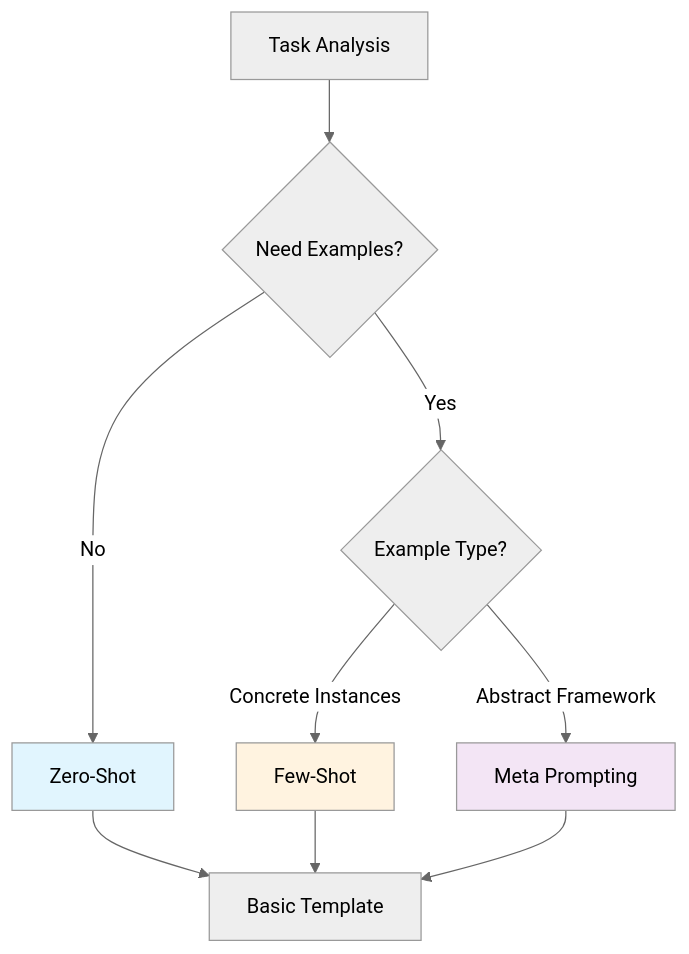
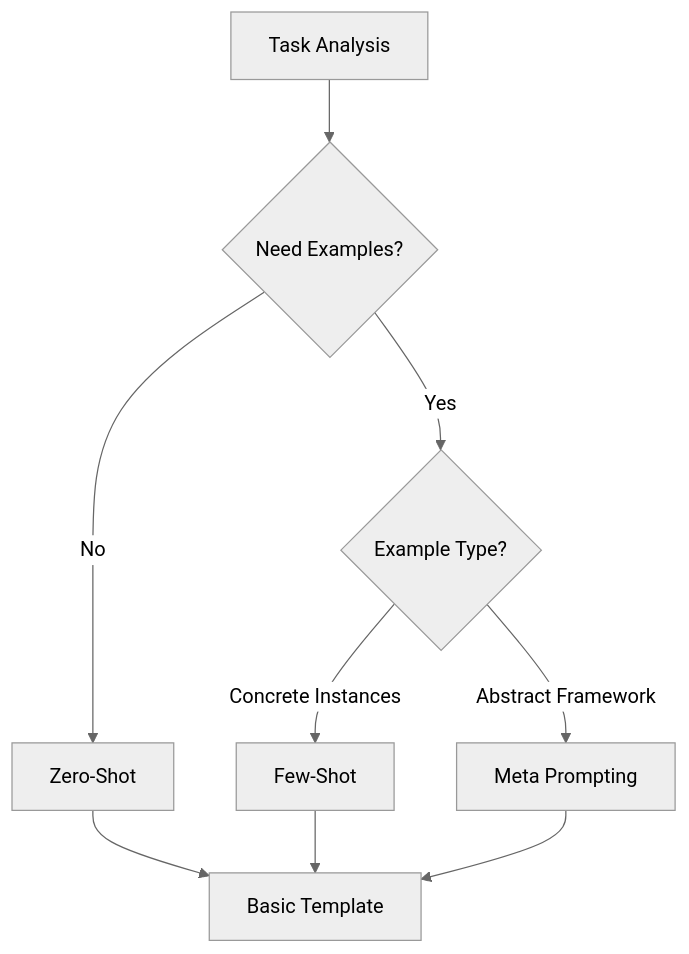
One commit to yuexiaoliang/prompt-engineering-learning changed the sixth of 6 diagrams in 02-basics-en.md. Above: the diagram before and after it, drawn with Mermaid (neutral theme). The commit also changed other lines of this file, not shown here.

Commit message:
fix: remove hardcoded fill colors from mermaid diagrams for light/dark theme adaptation

````diff
--- a/02-basics-en.md
+++ b/02-basics-en.md
@@ -781,17 +767,13 @@
 ```mermaid
 flowchart TD
     A[Task Analysis] --> B{Need Examples?}
     B -->|No| C[Zero-Shot]
     B -->|Yes| D{Example Type?}
 
     D -->|Concrete Instances| E[Few-Shot]
     D -->|Abstract Framework| F[Meta Prompting]
 
     C --> G[Basic Template]
     E --> G
     F --> G
-
-    style C fill:#e1f5fe
-    style E fill:#fff3e0
-    style F fill:#f3e5f5
 ```
````
